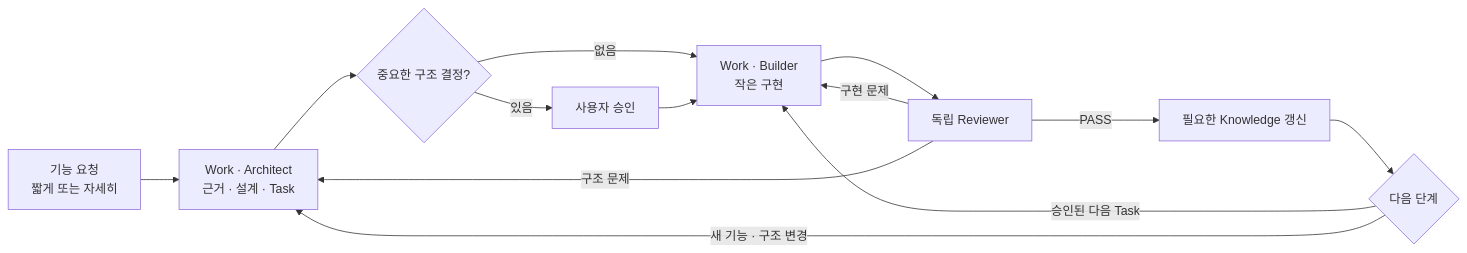
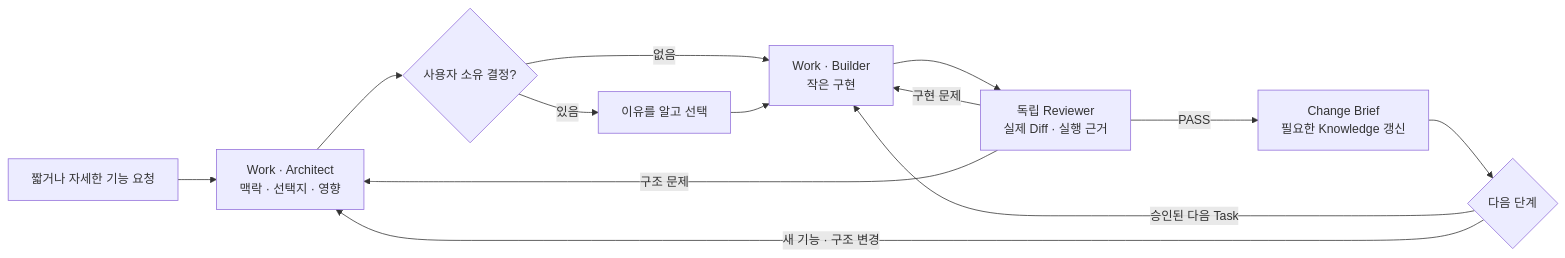
The first of 2 diagrams in README.md (yeomin-yoon/AI-Dev-Workflow), drawn with Mermaid before and after one commit. The commit also changed other lines of this file and 28 other files, not shown here.

````diff
--- a/README.md
+++ b/README.md
@@ -54,15 +62,15 @@
 ```mermaid
 flowchart LR
-    Seed["기능 요청<br/>짧게 또는 자세히"] --> Design["Work · Architect<br/>근거 · 설계 · Task"]
-    Design --> Gate{"중요한 구조 결정?"}
-    Gate -->|있음| User["사용자 승인"]
+    Seed["짧거나 자세한 기능 요청"] --> Design["Work · Architect<br/>맥락 · 선택지 · 영향"]
+    Design --> Gate{"사용자 소유 결정?"}
+    Gate -->|있음| User["이유를 알고 선택"]
     Gate -->|없음| Build["Work · Builder<br/>작은 구현"]
     User --> Build
-    Build --> Review["독립 Reviewer"]
+    Build --> Review["독립 Reviewer<br/>실제 Diff · 실행 근거"]
     Review -->|구현 문제| Build
     Review -->|구조 문제| Design
-    Review -->|PASS| Sync["필요한 Knowledge 갱신"]
+    Review -->|PASS| Sync["Change Brief<br/>필요한 Knowledge 갱신"]
     Sync --> Next{"다음 단계"}
     Next -->|승인된 다음 Task| Build
     Next -->|새 기능 · 구조 변경| Design
 ```
````
